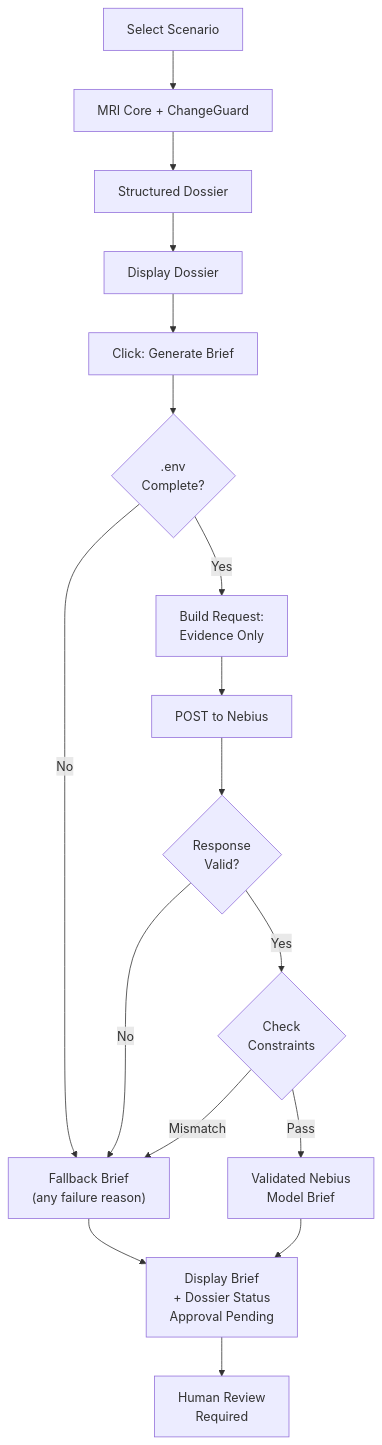
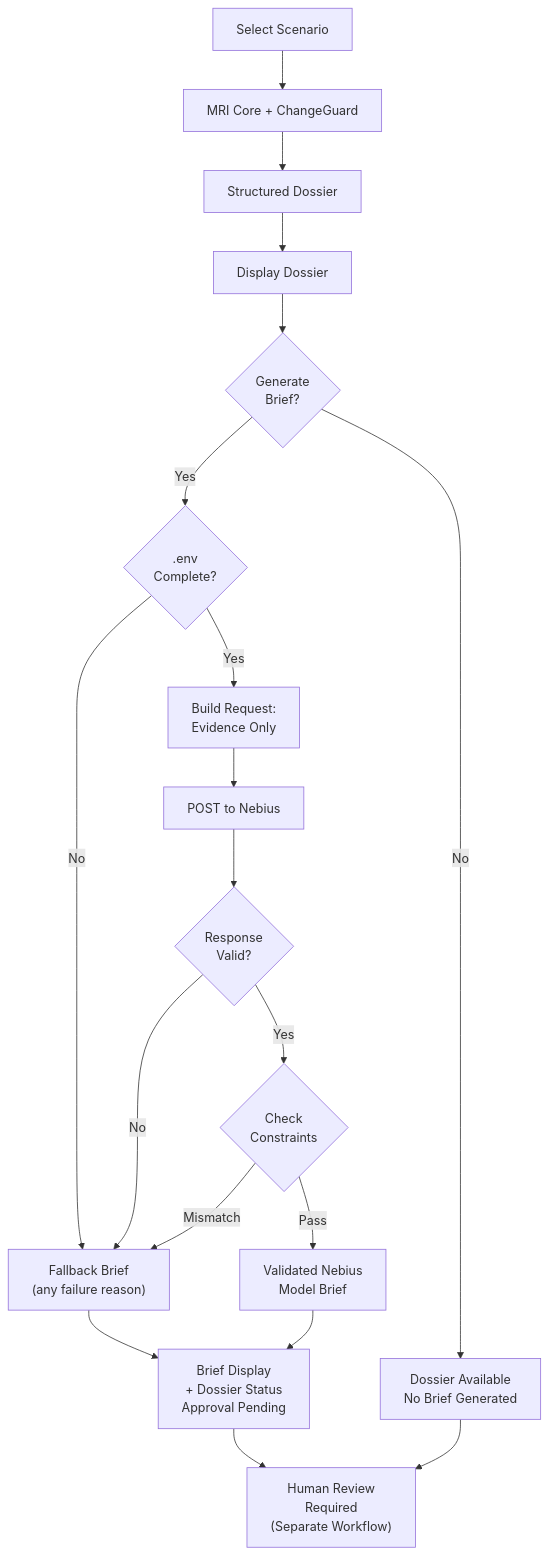
Before and after one commit to draculess99/MRI-Vision-Core: the diagram in hackathon/nebius_nvidia/README.md, drawn with Mermaid.

Commit message:
Clarify brief generation as optional in diagram
Add 'Generate brief?' decision node after dossier display. Show two paths:
- No: dossier remains available without brief
- Yes: proceed to .env check and model-or-fallback flow

Both paths converge at human review, emphasizing that:
1. Brief generation is optional (user choice via button)
2. Human review is required regardless
3. Approval is a separate workflow, not performed by brief button

````diff
--- a/hackathon/nebius_nvidia/README.md
+++ b/hackathon/nebius_nvidia/README.md
@@ -24,28 +24,32 @@
 ```mermaid
 flowchart TD
     A["Select Scenario"]
     B["MRI Core + ChangeGuard"]
     C["Structured Dossier"]
     D["Display Dossier"]
-    E["Click: Generate Brief"]
+    E{Generate<br/>Brief?}
     F{.env<br/>Complete?}
     G["Build Request:<br/>Evidence Only"]
     H["POST to Nebius"]
     I{Response<br/>Valid?}
     J{Check<br/>Constraints}
     K["Fallback Brief<br/>(any failure reason)"]
     L["Validated Nebius<br/>Model Brief"]
-    M["Display Brief<br/>+ Dossier Status<br/>Approval Pending"]
-    N["Human Review<br/>Required"]
+    M["Brief Display<br/>+ Dossier Status<br/>Approval Pending"]
+    N["Dossier Available<br/>No Brief Generated"]
+    O["Human Review<br/>Required<br/>(Separate Workflow)"]
 
-    A --> B --> C --> D --> E --> F
+    A --> B --> C --> D --> E
+    E -->|No| N
+    E -->|Yes| F
     F -->|No| K
     F -->|Yes| G --> H --> I
     I -->|No| K
     I -->|Yes| J
     J -->|Mismatch| K
     J -->|Pass| L
     K --> M
     L --> M
-    M --> N
+    M --> O
+    N --> O
 ```
````
